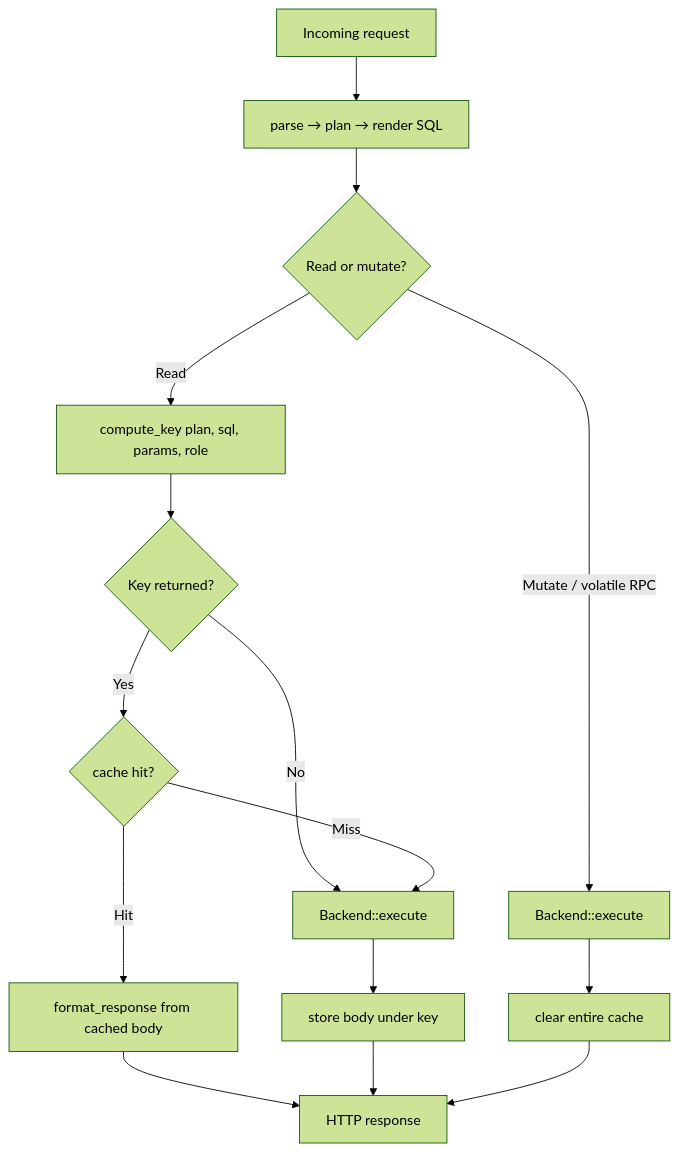
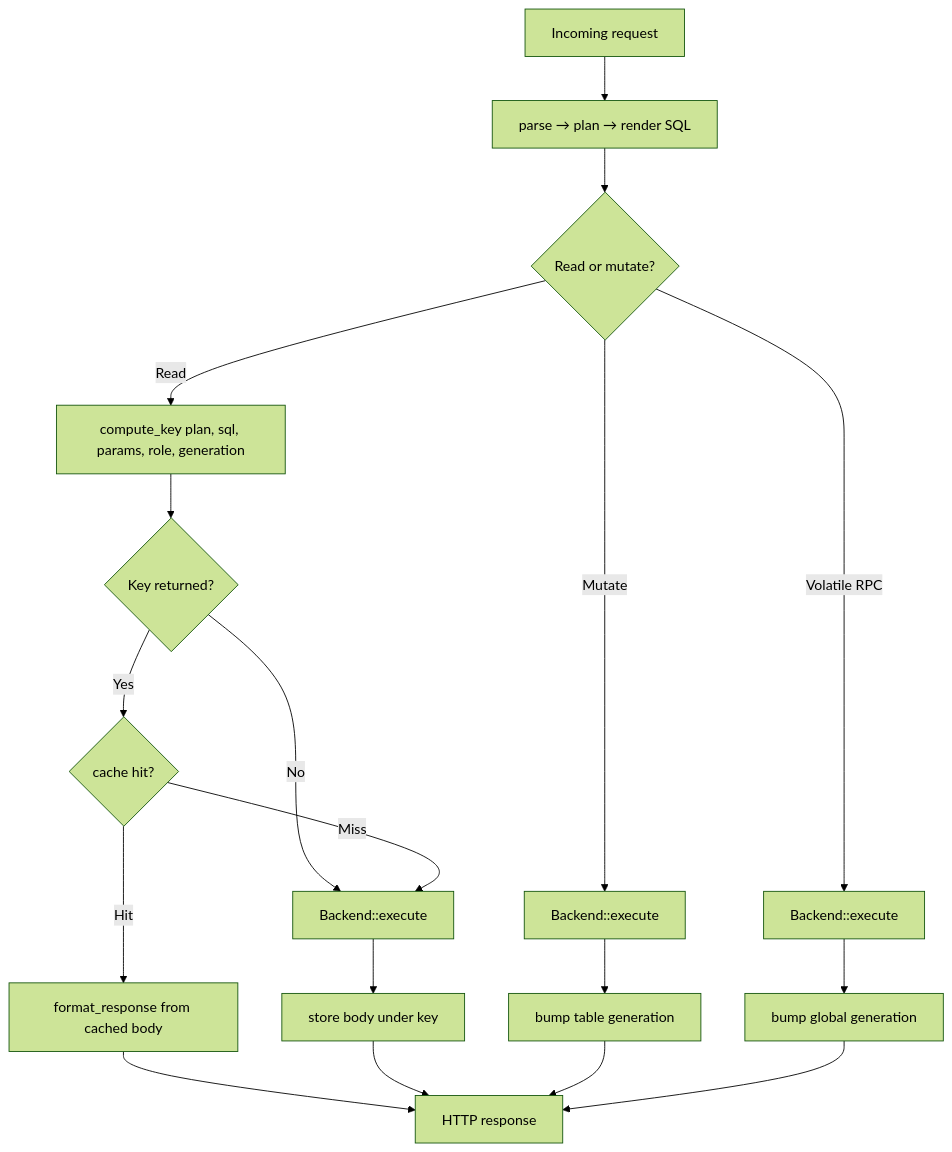
The diagram in arch/09-data-cache.md (pgvis/pgvis), drawn with Mermaid (forest theme) before and after one commit. The commit also changed other lines of this file and 12 other files, not shown here.

First line of the commit message:
feat: add in-process RPC support with CallerIdentity for role and claims management

````diff
--- a/arch/09-data-cache.md
+++ b/arch/09-data-cache.md
@@ -28,16 +30,18 @@
 ```mermaid
 flowchart TD
     REQ[Incoming request] --> PLAN[parse → plan → render SQL]
     PLAN --> KIND{Read or mutate?}
 
-    KIND -->|Read| KEY[compute_key plan, sql, params, role]
+    KIND -->|Read| KEY[compute_key plan, sql, params, role, generation]
     KEY --> CACHEABLE{Key returned?}
     CACHEABLE -->|No| EXEC
     CACHEABLE -->|Yes| LOOKUP{cache hit?}
     LOOKUP -->|Hit| FMT[format_response from cached body] --> RESP[HTTP response]
     LOOKUP -->|Miss| EXEC[Backend::execute]
     EXEC --> STORE[store body under key] --> RESP
 
-    KIND -->|Mutate / volatile RPC| MEXEC[Backend::execute]
-    MEXEC --> INVAL[clear entire cache] --> RESP
+    KIND -->|Mutate| MEXEC[Backend::execute]
+    MEXEC --> INVAL[bump table generation] --> RESP
+    KIND -->|Volatile RPC| VRPC[Backend::execute]
+    VRPC --> GINVAL[bump global generation] --> RESP
 ```
````
